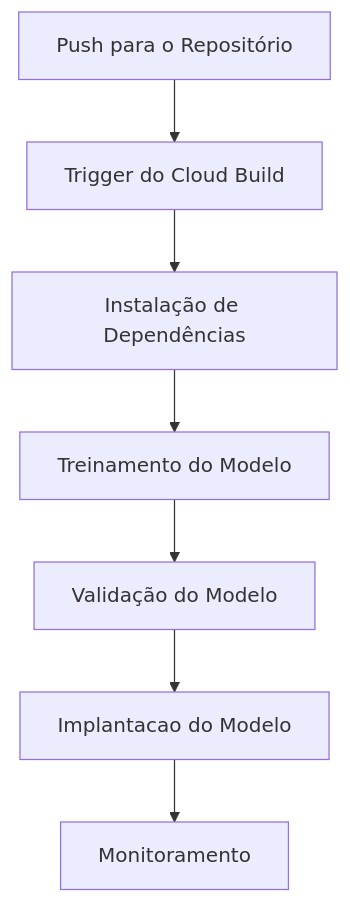
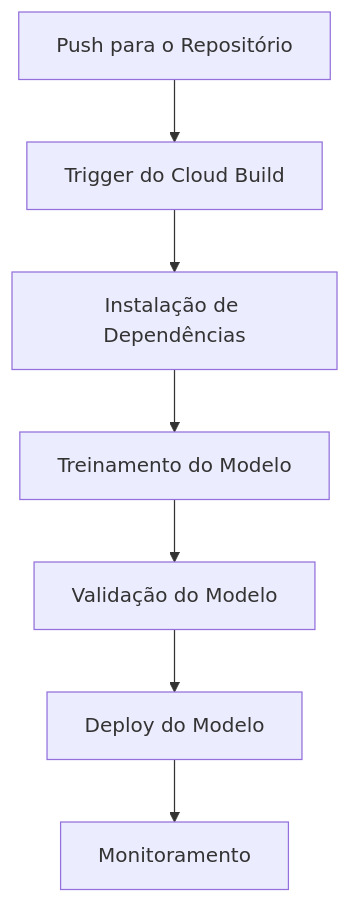
The second of 2 diagrams in QUESTIONS.md (edersoncorbari/rox-gcp), drawn with Mermaid before and after one commit. The commit also changed other lines of this file, not shown here.

````diff
--- a/QUESTIONS.md
+++ b/QUESTIONS.md
@@ -208,9 +208,9 @@
 ```mermaid
 flowchart TD
     A[Push para o Repositório] --> B[Trigger do Cloud Build]
     B --> C[Instalação de Dependências]
     C --> D[Treinamento do Modelo]
     D --> E[Validação do Modelo]
-    E --> F[Implantacao do Modelo]
+    E --> F[Deploy do Modelo]
     F --> G[Monitoramento]
 ```
````
